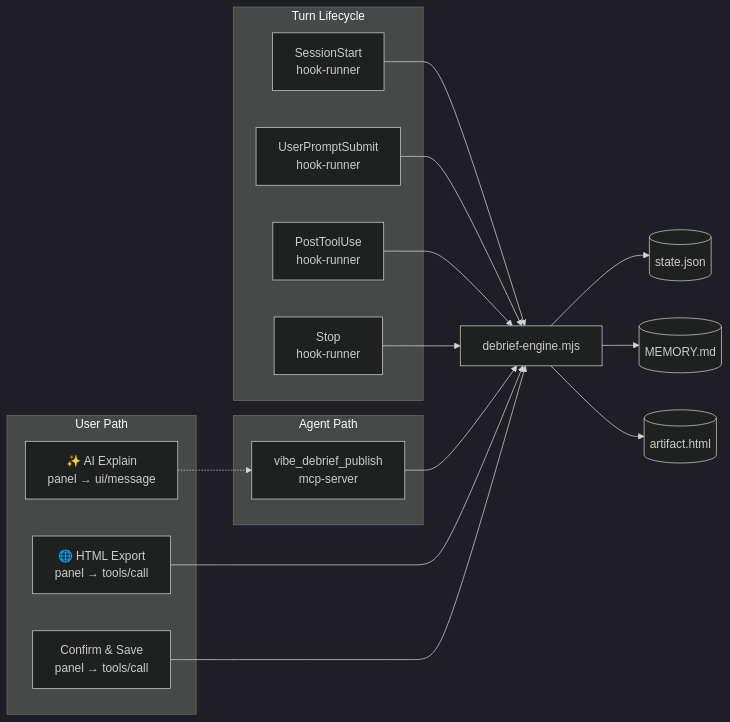
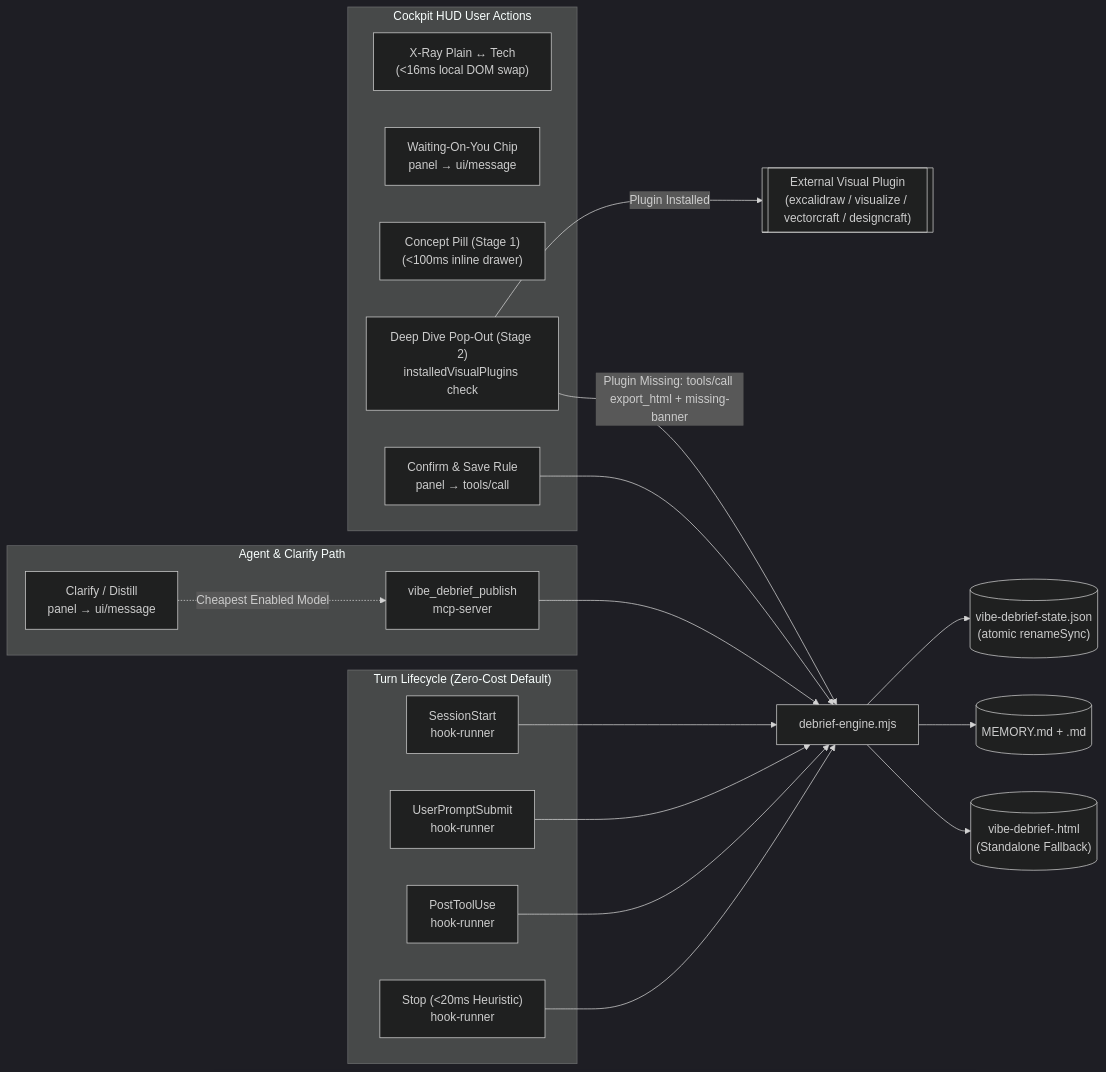
The fifth of 5 diagrams in vibe-debrief/_bmad-output/initiative-vibe-debrief/architecture-vibe-debrief/architecture-vibe-debrief.md (a2mus/zcode-vibe-plugins), drawn with Mermaid (dark theme) before and after one commit. The commit also changed other lines of this file and 22 other files, not shown here.

````diff
--- a/vibe-debrief/_bmad-output/initiative-vibe-debrief/architecture-vibe-debrief/architecture-vibe-debrief.md
+++ b/vibe-debrief/_bmad-output/initiative-vibe-debrief/architecture-vibe-debrief/architecture-vibe-debrief.md
@@ -285,37 +510,42 @@
 ```mermaid
 flowchart LR
-  subgraph "Turn Lifecycle"
+  subgraph "Turn Lifecycle (Zero-Cost Default)"
     SS["SessionStart<br/>hook-runner"]
     UP["UserPromptSubmit<br/>hook-runner"]
     PT["PostToolUse<br/>hook-runner"]
-    ST["Stop<br/>hook-runner"]
+    ST["Stop (<20ms Heuristic)<br/>hook-runner"]
   end
 
-  subgraph "Agent Path"
+  subgraph "Agent & Clarify Path"
     PUB["vibe_debrief_publish<br/>mcp-server"]
+    CLR["Clarify / Distill<br/>panel → ui/message"]
   end
 
-  subgraph "User Path"
-    AI["✨ AI Explain<br/>panel → ui/message"]
-    EXP["🌐 HTML Export<br/>panel → tools/call"]
-    MEM["Confirm & Save<br/>panel → tools/call"]
+  subgraph "Cockpit HUD User Actions"
+    XRAY["X-Ray Plain ↔ Tech<br/>(<16ms local DOM swap)"]
+    WAIT["Waiting-On-You Chip<br/>panel → ui/message"]
+    STG1["Concept Pill (Stage 1)<br/>(<100ms inline drawer)"]
+    STG2["Deep Dive Pop-Out (Stage 2)<br/>installedVisualPlugins check"]
+    MEM["Confirm & Save Rule<br/>panel → tools/call"]
   end
 
   Engine["debrief-engine.mjs"]
-  State[("state.json")]
-  MemDir[("MEMORY.md")]
-  HTML[("artifact.html")]
+  State[("vibe-debrief-state.json<br/>(atomic renameSync)")]
+  MemDir[("MEMORY.md + <slug>.md")]
+  HTML[("vibe-debrief-<ts>.html<br/>(Standalone Fallback)")]
+  ExtPlugin[["External Visual Plugin<br/>(excalidraw / visualize / vectorcraft / designcraft)"]]
 
   SS --> Engine
   UP --> Engine
   PT --> Engine
   ST --> Engine
   PUB --> Engine
-  AI -.-> PUB
-  EXP --> Engine
+  CLR -.->|"Cheapest Enabled Model"| PUB
+  STG2 -->|"Plugin Installed"| ExtPlugin
+  STG2 -->|"Plugin Missing: tools/call export_html + missing-banner"| Engine
   MEM --> Engine
 
   Engine --> State
   Engine --> MemDir
   Engine --> HTML
 ```
````
